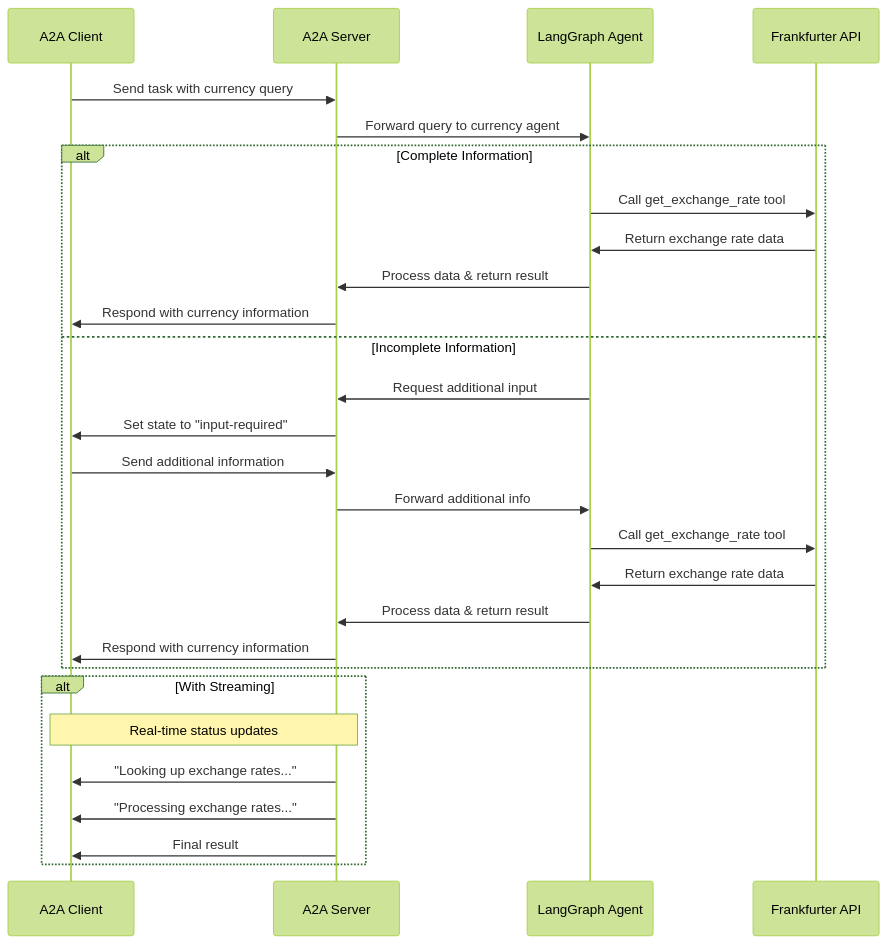
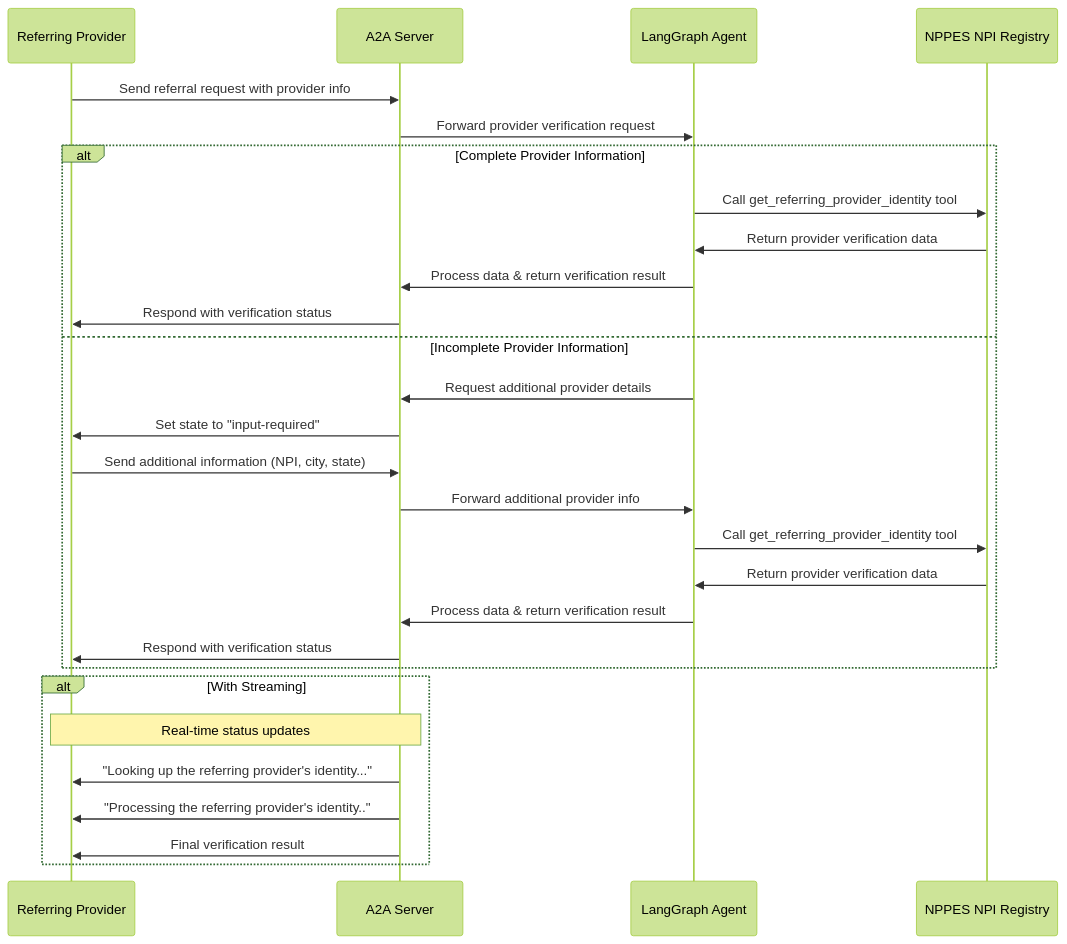
One commit to durvester/Hl7-language-first-agent changed the diagram in Readme.MD. Above: the diagram before and after it, drawn with Mermaid (forest theme). The commit also changed other lines of this file and 5 other files, not shown here.

First line of the commit message:
Remove legacy currency exchange functionality and focus on cardiology referrals

````diff
--- a/Readme.MD
+++ b/Readme.MD
@@ -9,33 +9,33 @@
 ```mermaid
 sequenceDiagram
-    participant Client as A2A Client
+    participant Provider as Referring Provider
     participant Server as A2A Server
     participant Agent as LangGraph Agent
-    participant API as Frankfurter API
+    participant NPPES as NPPES NPI Registry
 
-    Client->>Server: Send task with currency query
-    Server->>Agent: Forward query to currency agent
-
-    alt Complete Information
-        Agent->>API: Call get_exchange_rate tool
-        API->>Agent: Return exchange rate data
-        Agent->>Server: Process data & return result
-        Server->>Client: Respond with currency information
-    else Incomplete Information
-        Agent->>Server: Request additional input
-        Server->>Client: Set state to "input-required"
-        Client->>Server: Send additional information
-        Server->>Agent: Forward additional info
-        Agent->>API: Call get_exchange_rate tool
-        API->>Agent: Return exchange rate data
-        Agent->>Server: Process data & return result
-        Server->>Client: Respond with currency information
+    Provider->>Server: Send referral request with provider info
+    Server->>Agent: Forward provider verification request
+    
+    alt Complete Provider Information
+        Agent->>NPPES: Call get_referring_provider_identity tool
+        NPPES->>Agent: Return provider verification data
+        Agent->>Server: Process data & return verification result
+        Server->>Provider: Respond with verification status
+    else Incomplete Provider Information
+        Agent->>Server: Request additional provider details
+        Server->>Provider: Set state to "input-required"
+        Provider->>Server: Send additional information (NPI, city, state)
+        Server->>Agent: Forward additional provider info
+        Agent->>NPPES: Call get_referring_provider_identity tool
+        NPPES->>Agent: Return provider verification data
+        Agent->>Server: Process data & return verification result
+        Server->>Provider: Respond with verification status
     end
 
     alt With Streaming
-        Note over Client,Server: Real-time status updates
-        Server->>Client: "Looking up exchange rates..."
-        Server->>Client: "Processing exchange rates..."
-        Server->>Client: Final result
+        Note over Provider,Server: Real-time status updates
+        Server->>Provider: "Looking up the referring provider's identity..."
+        Server->>Provider: "Processing the referring provider's identity.."
+        Server->>Provider: Final verification result
     end
 ```
````
